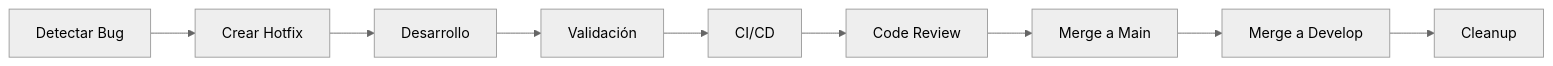
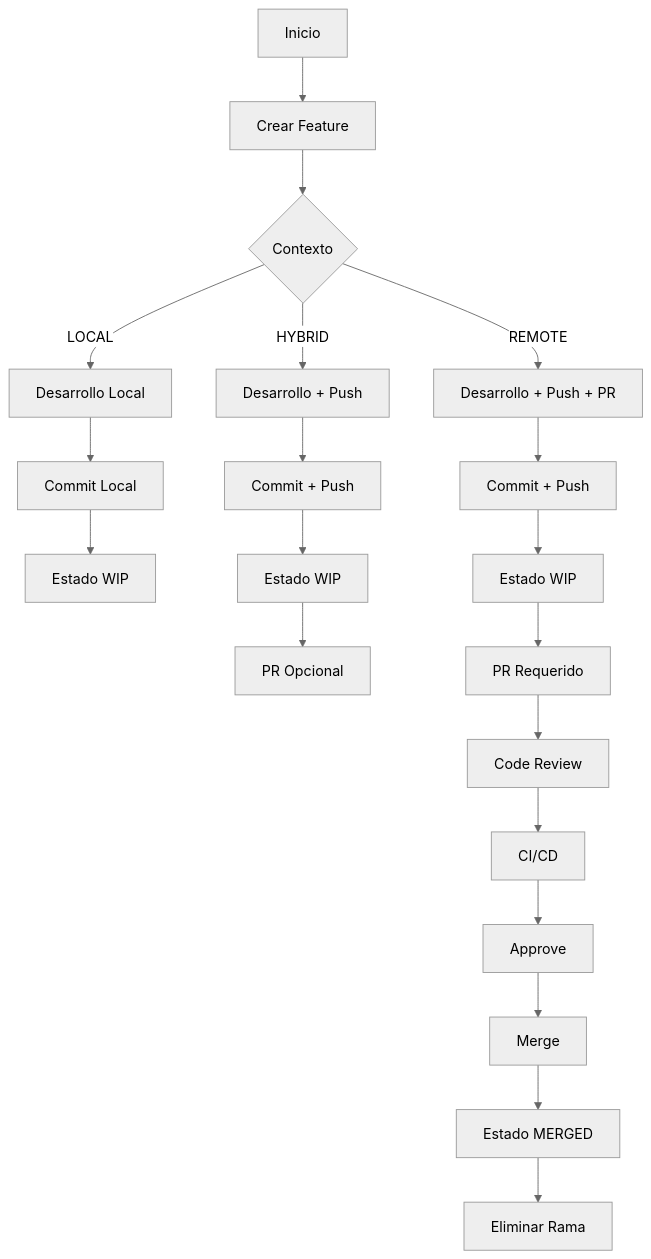
The fourth of 6 diagrams in docs/manual-git-branch-tools.md (maurorosero/bintools), drawn with Mermaid (neutral theme) before and after one commit. The commit also changed other lines of this file, not shown here.

````diff
--- a/docs/manual-git-branch-tools.md
+++ b/docs/manual-git-branch-tools.md
@@ -367,11 +898,25 @@
 ```mermaid
-graph LR
-    A[Detectar Bug] --> B[Crear Hotfix]
-    B --> C[Desarrollo]
-    C --> D[Validación]
-    D --> E[CI/CD]
-    E --> F[Code Review]
-    F --> G[Merge a Main]
-    G --> H[Merge a Develop]
-    H --> I[Cleanup]
+graph TD
+    A[Inicio] --> B[Crear Feature]
+    B --> C{Contexto}
+    C -->|LOCAL| D[Desarrollo Local]
+    C -->|HYBRID| E[Desarrollo + Push]
+    C -->|REMOTE| F[Desarrollo + Push + PR]
+
+    D --> G[Commit Local]
+    G --> H[Estado WIP]
+
+    E --> I[Commit + Push]
+    I --> J[Estado WIP]
+    J --> K[PR Opcional]
+
+    F --> L[Commit + Push]
+    L --> M[Estado WIP]
+    M --> N[PR Requerido]
+    N --> O[Code Review]
+    O --> P[CI/CD]
+    P --> Q[Approve]
+    Q --> R[Merge]
+    R --> S[Estado MERGED]
+    S --> T[Eliminar Rama]
 ```
````
